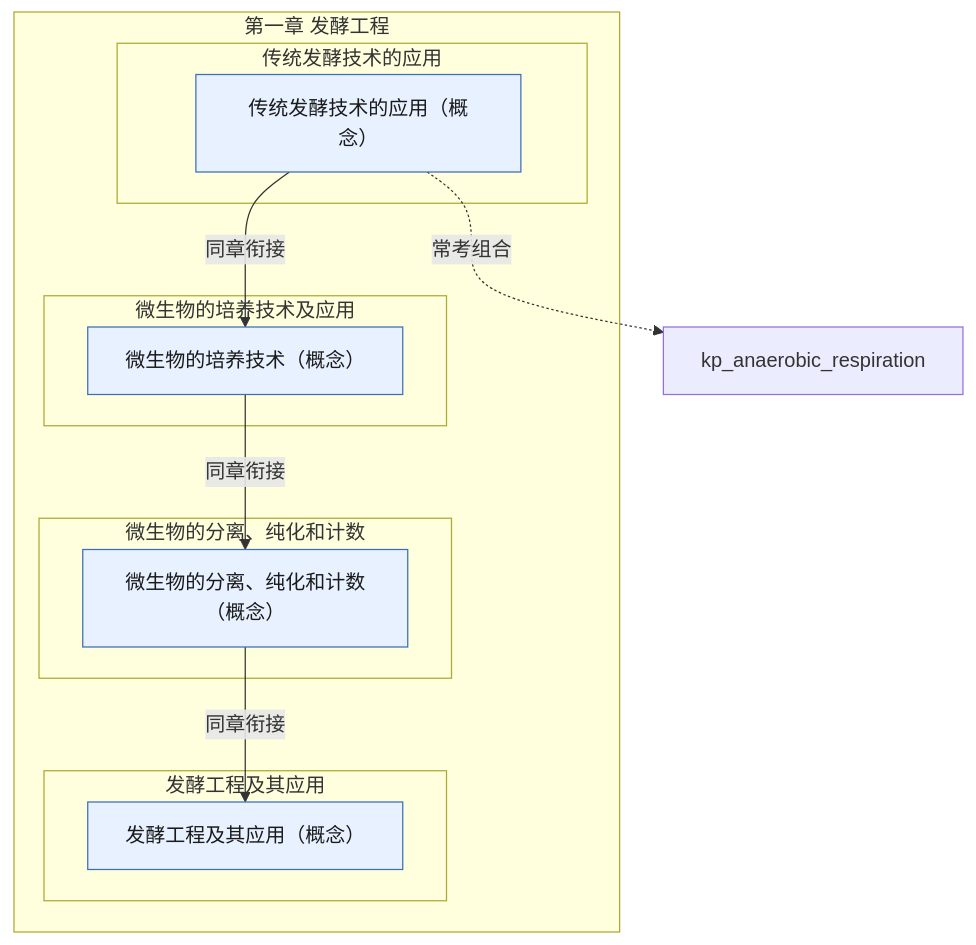
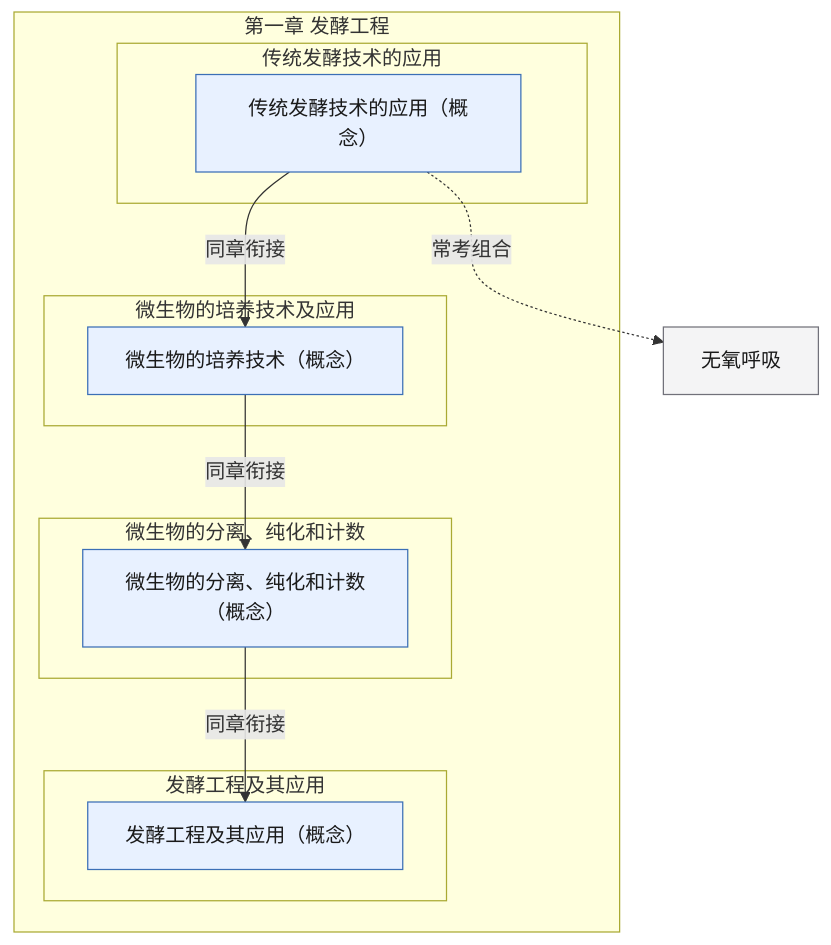
The diagram in skills/high-school-ai-tutor/references/pep-bio-xbx3-ch1.md (lihenair/high-school-ai-tutor-skill), drawn with Mermaid before and after one commit. The commit also changed 20 other files, not shown here.

Commit message:
feat(graph): 跨章常考组合渲染为中文显示名（灰色外部节点），不再显示英文代号

````diff
--- a/skills/high-school-ai-tutor/references/pep-bio-xbx3-ch1.md
+++ b/skills/high-school-ai-tutor/references/pep-bio-xbx3-ch1.md
@@ -5,25 +5,25 @@
 ```mermaid
 flowchart TD
   classDef concept fill:#E8F1FF,stroke:#3B6FB6,color:#1A1A1A
   classDef skill fill:#E7F6EE,stroke:#2E7D4F,color:#1A1A1A
   classDef experiment fill:#FFF4E5,stroke:#C47B17,color:#1A1A1A
   classDef later fill:#F4F4F5,stroke:#71717A,color:#1A1A1A
   subgraph ch["第一章 发酵工程"]
     subgraph s1["传统发酵技术的应用"]
       kp_traditional_fermentation["传统发酵技术的应用（概念）"]:::concept
     end
     subgraph s2["微生物的培养技术及应用"]
       kp_microbe_culture["微生物的培养技术（概念）"]:::concept
     end
     subgraph s3["微生物的分离、纯化和计数"]
       kp_microbe_isolation["微生物的分离、纯化和计数（概念）"]:::concept
     end
     subgraph s4["发酵工程及其应用"]
       kp_fermentation_engineering["发酵工程及其应用（概念）"]:::concept
     end
   end
   kp_traditional_fermentation -->|同章衔接| kp_microbe_culture
   kp_microbe_culture -->|同章衔接| kp_microbe_isolation
   kp_microbe_isolation -->|同章衔接| kp_fermentation_engineering
-  kp_traditional_fermentation -.->|常考组合| kp_anaerobic_respiration
+  kp_traditional_fermentation -.->|常考组合| kp_anaerobic_respiration["无氧呼吸"]:::later
 ```
````
